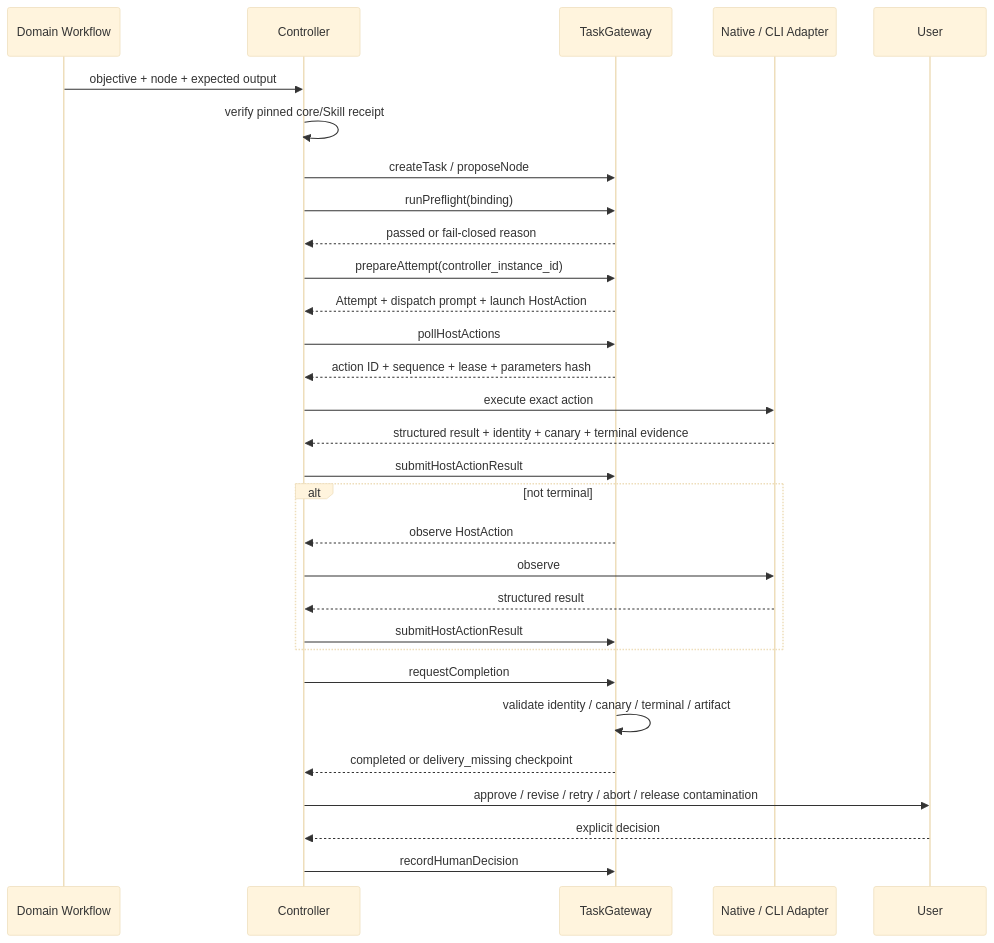
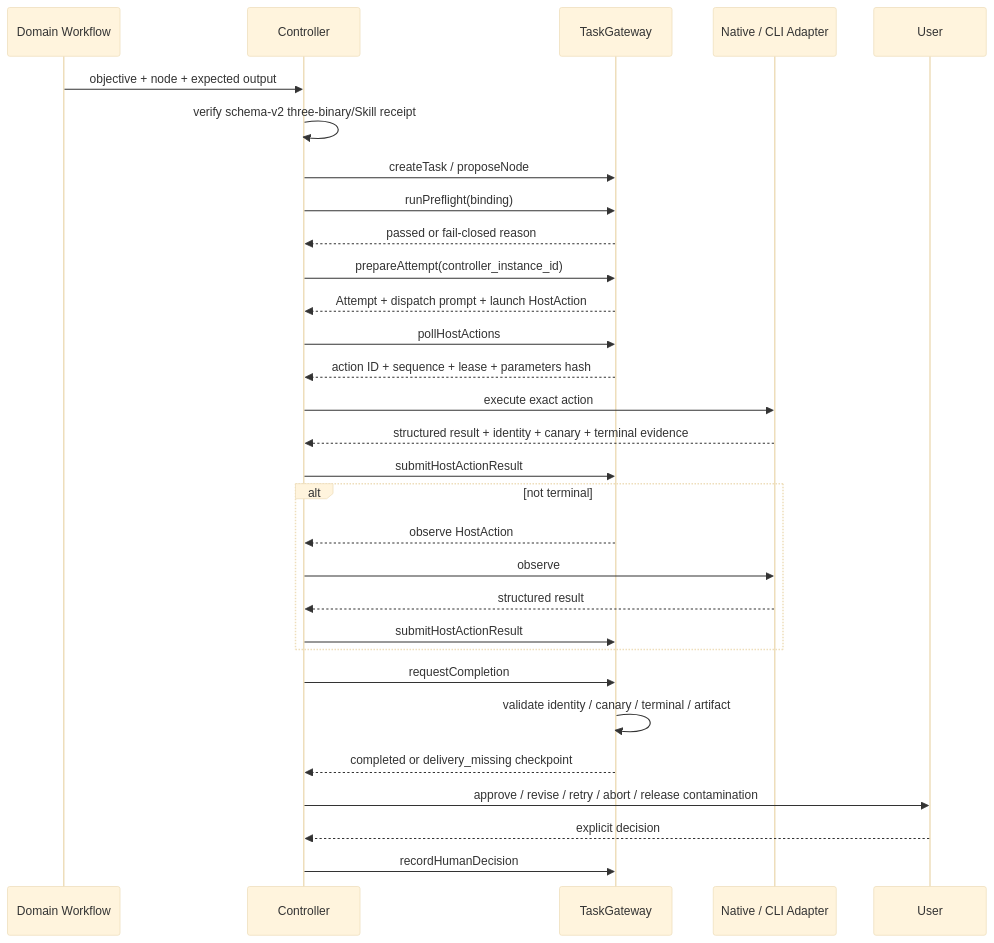
The third of 3 diagrams in docs/architecture/multi-agent-orchestration-architecture.md (Ice-Maple/agent-workflow-toolkit), drawn with Mermaid (base theme) before and after one commit. The commit also changed other lines of this file and 20 other files, not shown here.

````diff
--- a/docs/architecture/multi-agent-orchestration-architecture.md
+++ b/docs/architecture/multi-agent-orchestration-architecture.md
@@ -195,33 +253,33 @@
 ```mermaid
 sequenceDiagram
     participant D as Domain Workflow
     participant C as Controller
     participant G as TaskGateway
     participant A as Native / CLI Adapter
     participant U as User
 
     D->>C: objective + node + expected output
-    C->>C: verify pinned core/Skill receipt
+    C->>C: verify schema-v2 three-binary/Skill receipt
     C->>G: createTask / proposeNode
     C->>G: runPreflight(binding)
     G-->>C: passed or fail-closed reason
     C->>G: prepareAttempt(controller_instance_id)
     G-->>C: Attempt + dispatch prompt + launch HostAction
     C->>G: pollHostActions
     G-->>C: action ID + sequence + lease + parameters hash
     C->>A: execute exact action
     A-->>C: structured result + identity + canary + terminal evidence
     C->>G: submitHostActionResult
     alt not terminal
         G-->>C: observe HostAction
         C->>A: observe
         A-->>C: structured result
         C->>G: submitHostActionResult
     end
     C->>G: requestCompletion
     G->>G: validate identity / canary / terminal / artifact
     G-->>C: completed or delivery_missing checkpoint
     C->>U: approve / revise / retry / abort / release contamination
     U-->>C: explicit decision
     C->>G: recordHumanDecision
 ```
````
